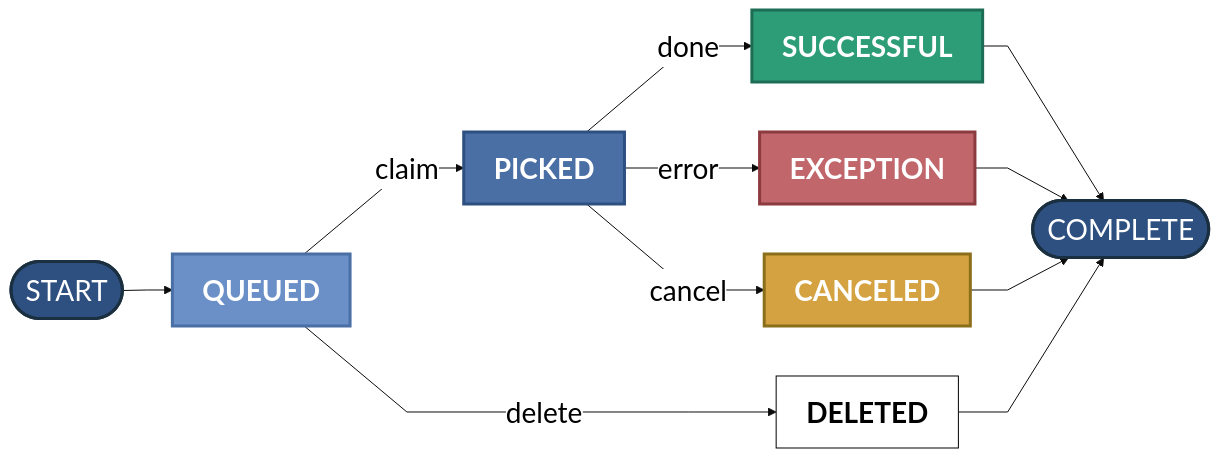
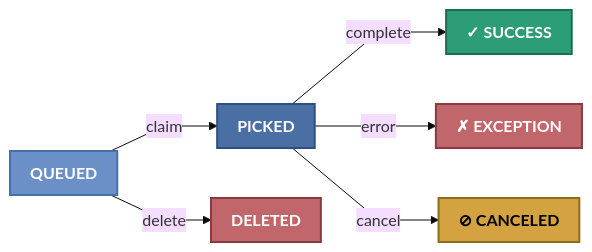
Before and after one commit to janbjorge/pgqueuer: the diagram in docs/guides/completion-tracking.md, drawn with Mermaid. The commit also changed 2 other files, not shown here.

Commit message:
docs: compact diagrams to fit on screen
- Reduced font sizes from 28px to 16px
- Removed START/END nodes to save space
- Simplified node labels (removed multi-line descriptions)
- Made all diagrams fit horizontally on standard screens
- Reduced stroke widths from 3px to 2px
- Maintained color palette and visual hierarchy
- Added icons to status states for quick visual scanning

````diff
--- a/docs/guides/completion-tracking.md
+++ b/docs/guides/completion-tracking.md
@@ -27,28 +27,28 @@
 ```mermaid
-%%{init: {'flowchart': {'htmlLabels': true, 'curve': 'linear'}, 'theme': 'base', 'themeVariables': {'primaryColor':'#fff', 'primaryTextColor':'#000', 'primaryBorderColor':'#000', 'fontSize': '28px', 'fontFamily': 'Inter, sans-serif'}}}%%
+%%{init: {'flowchart': {'htmlLabels': true, 'curve': 'linear', 'padding': '10'}, 'theme': 'base', 'themeVariables': {'fontSize': '16px', 'fontFamily': 'Inter, sans-serif'}}}%%
 flowchart LR
-    Start(["START"]) --> Queued["<b style='font-size:28px'>QUEUED</b>"]
-    Queued -->|"claim"| Picked["<b style='font-size:28px'>PICKED</b>"]
-    Queued -->|"delete"| Deleted["<b style='font-size:28px'>DELETED</b>"]
-    Picked -->|"done"| Success["<b style='font-size:28px'>SUCCESSFUL</b>"]
-    Picked -->|"error"| Exception["<b style='font-size:28px'>EXCEPTION</b>"]
-    Picked -->|"cancel"| Canceled["<b style='font-size:28px'>CANCELED</b>"]
-    Success --> End(["COMPLETE"])
-    Exception --> End
-    Canceled --> End
-    Deleted --> End
+    Queued["<b>QUEUED</b>"]
+    Picked["<b>PICKED</b>"]
+    Success["<b>✓ SUCCESS</b>"]
+    Exception["<b>✗ EXCEPTION</b>"]
+    Canceled["<b>⊘ CANCELED</b>"]
+    Deleted["<b>DELETED</b>"]
 
-    classDef queuedStyle fill:#6B8FC7,stroke:#4A6FA5,stroke-width:3px,color:#fff
-    classDef pickedStyle fill:#4A6FA5,stroke:#2E5080,stroke-width:3px,color:#fff
-    classDef successStyle fill:#2D9D78,stroke:#1d6d55,stroke-width:3px,color:#fff
-    classDef exceptionStyle fill:#C1666B,stroke:#8b3a3f,stroke-width:3px,color:#fff
-    classDef canceledStyle fill:#D4A240,stroke:#8b6e1a,stroke-width:3px,color:#fff
-    classDef terminalStyle fill:#2E5080,stroke:#1a2f40,stroke-width:3px,color:#fff
+    Queued -->|claim| Picked
+    Queued -->|delete| Deleted
+    Picked -->|complete| Success
+    Picked -->|error| Exception
+    Picked -->|cancel| Canceled
 
-    class Queued queuedStyle
-    class Picked pickedStyle
-    class Success successStyle
-    class Exception exceptionStyle
-    class Canceled canceledStyle
-    class Start,End terminalStyle
+    classDef queued fill:#6B8FC7,stroke:#4A6FA5,stroke-width:2px,color:#fff
+    classDef picked fill:#4A6FA5,stroke:#2E5080,stroke-width:2px,color:#fff
+    classDef success fill:#2D9D78,stroke:#1d6d55,stroke-width:2px,color:#fff
+    classDef error fill:#C1666B,stroke:#8b3a3f,stroke-width:2px,color:#fff
+    classDef canceled fill:#D4A240,stroke:#8b6e1a,stroke-width:2px,color:#000
+
+    class Queued queued
+    class Picked picked
+    class Success success
+    class Exception,Deleted error
+    class Canceled canceled
 ```
````
